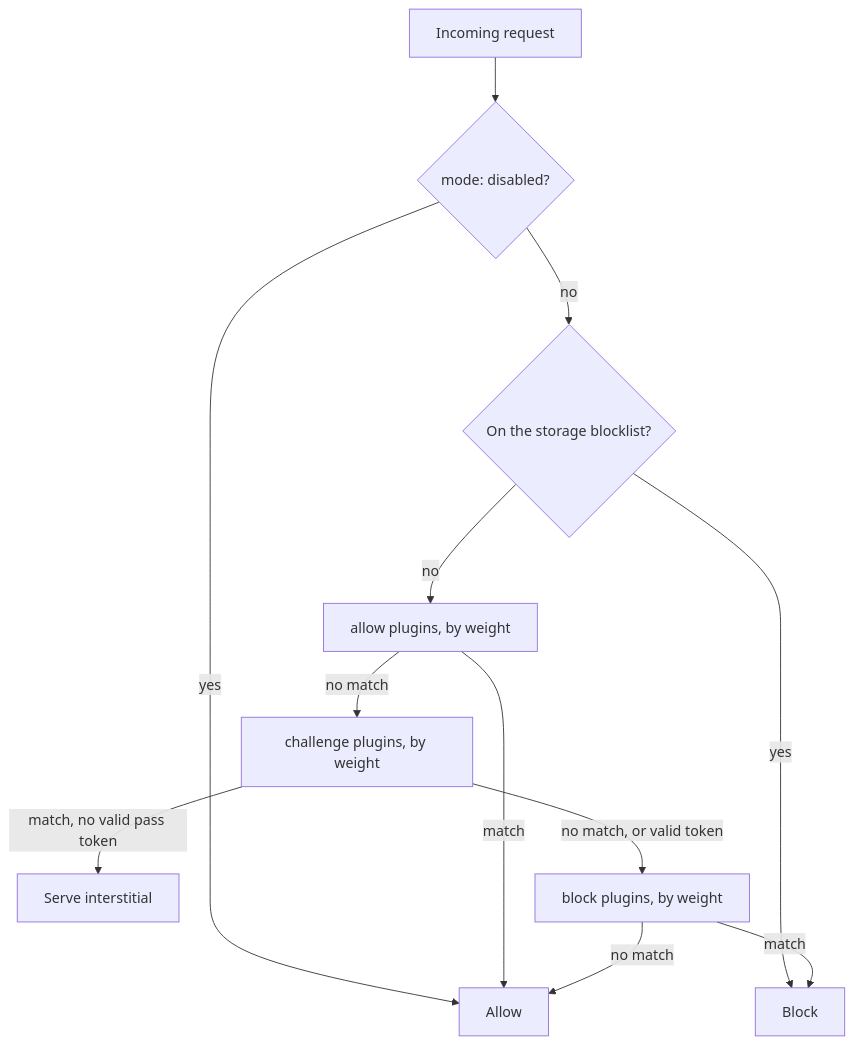
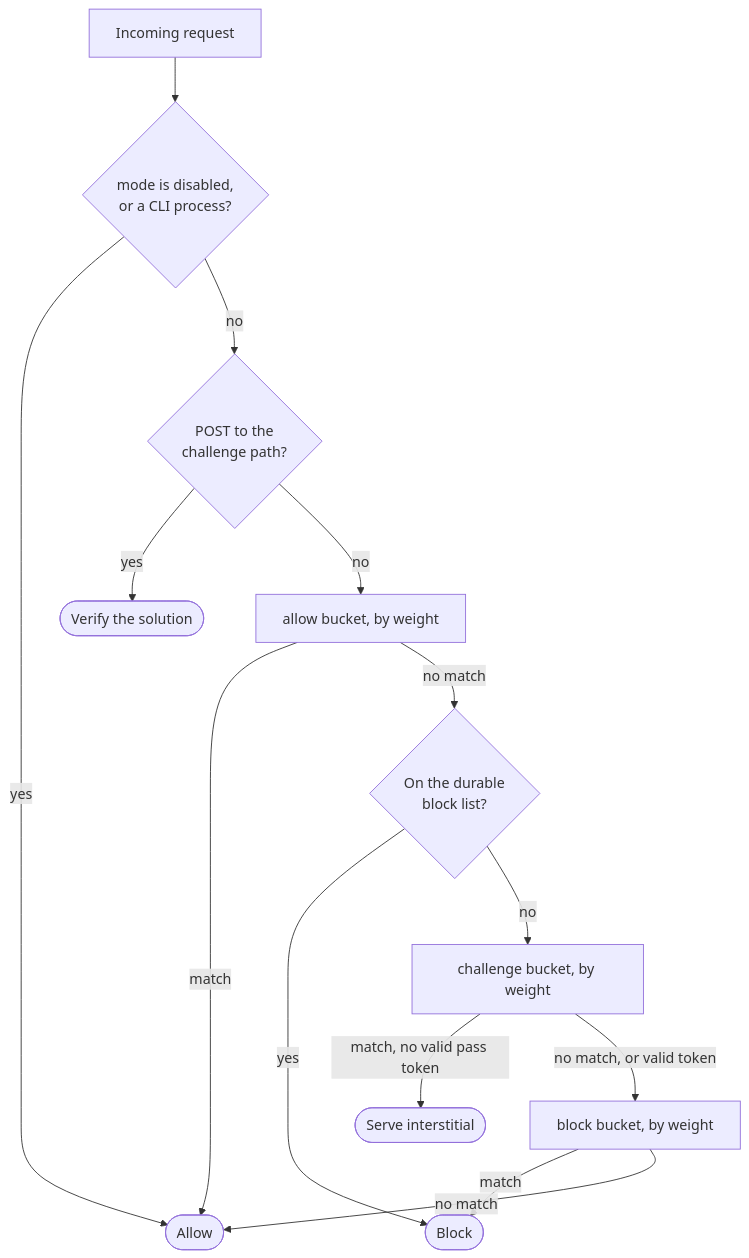
Before and after one commit to kanopi/firewall: the diagram in docs/index.md, drawn with Mermaid. The commit also changed other lines of this file and 64 other files, not shown here.

````diff
--- a/docs/index.md
+++ b/docs/index.md
@@ -81,14 +81,16 @@
 ```mermaid
 flowchart TD
-    A[Incoming request] --> B{mode: disabled?}
-    B -->|yes| Z[Allow]
-    B -->|no| C{On the storage blocklist?}
-    C -->|yes| Y[Block]
-    C -->|no| D[allow plugins, by weight]
+    A["Incoming request"] --> B{"mode is disabled,<br/>or a CLI process?"}
+    B -->|yes| Z(["Allow"])
+    B -->|no| S{"POST to the<br/>challenge path?"}
+    S -->|yes| H(["Verify the solution"])
+    S -->|no| D["allow bucket, by weight"]
     D -->|match| Z
-    D -->|no match| E[challenge plugins, by weight]
-    E -->|match, no valid pass token| X[Serve interstitial]
-    E -->|no match, or valid token| F[block plugins, by weight]
+    D -->|no match| C{"On the durable<br/>block list?"}
+    C -->|yes| Y(["Block"])
+    C -->|no| E["challenge bucket, by weight"]
+    E -->|"match, no valid pass token"| X(["Serve interstitial"])
+    E -->|"no match, or valid token"| F["block bucket, by weight"]
     F -->|match| Y
     F -->|no match| Z
 ```
````
